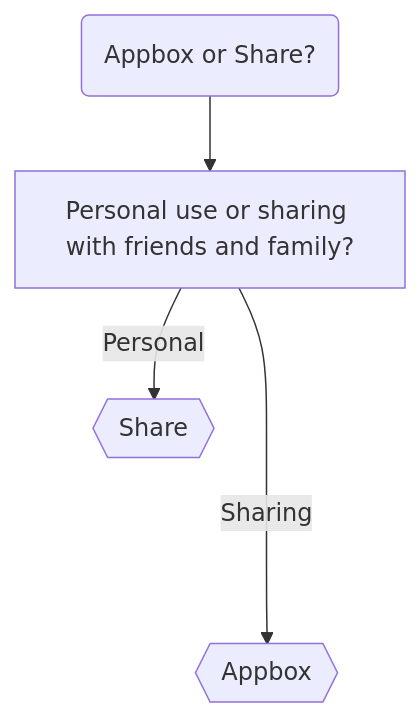
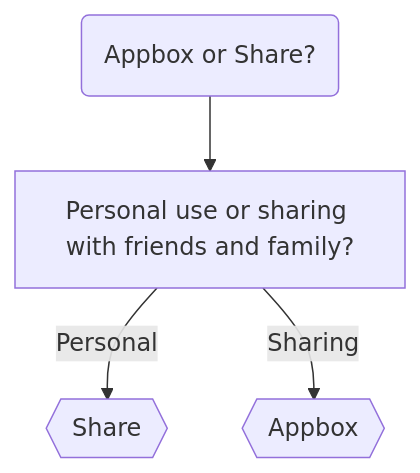
One commit to neomedia6989/docs-2 changed the diagram in docs/index.md. Above: the diagram before and after it, drawn with Mermaid. The commit also changed other lines of this file, not shown here.

````diff
--- a/docs/index.md
+++ b/docs/index.md
@@ -41,6 +41,8 @@
 ``` mermaid
 graph TD
   A(Appbox or Share?) --> B[Personal use or sharing with friends and family?];
   B -->|Personal| C{{Share}};
-  B ---->|Sharing| E{{Appbox}};
+  B -->|Sharing| D{{Appbox}};
+  click C "/shares/getting-started/"
+  click D "/appboxes/getting-started/"
 ```
````
